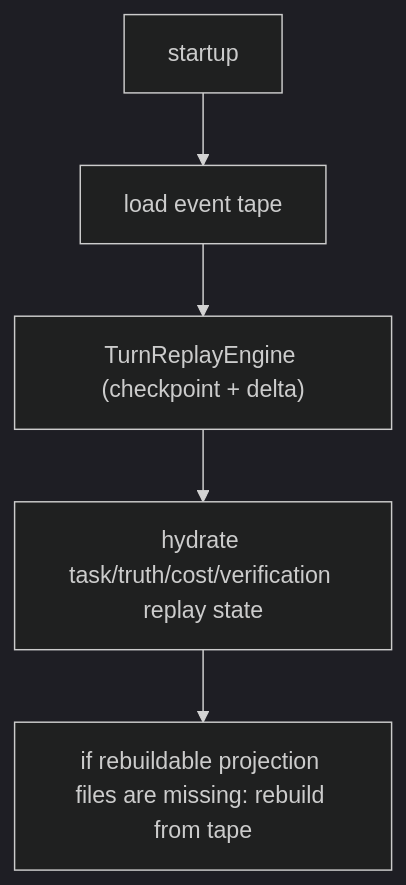
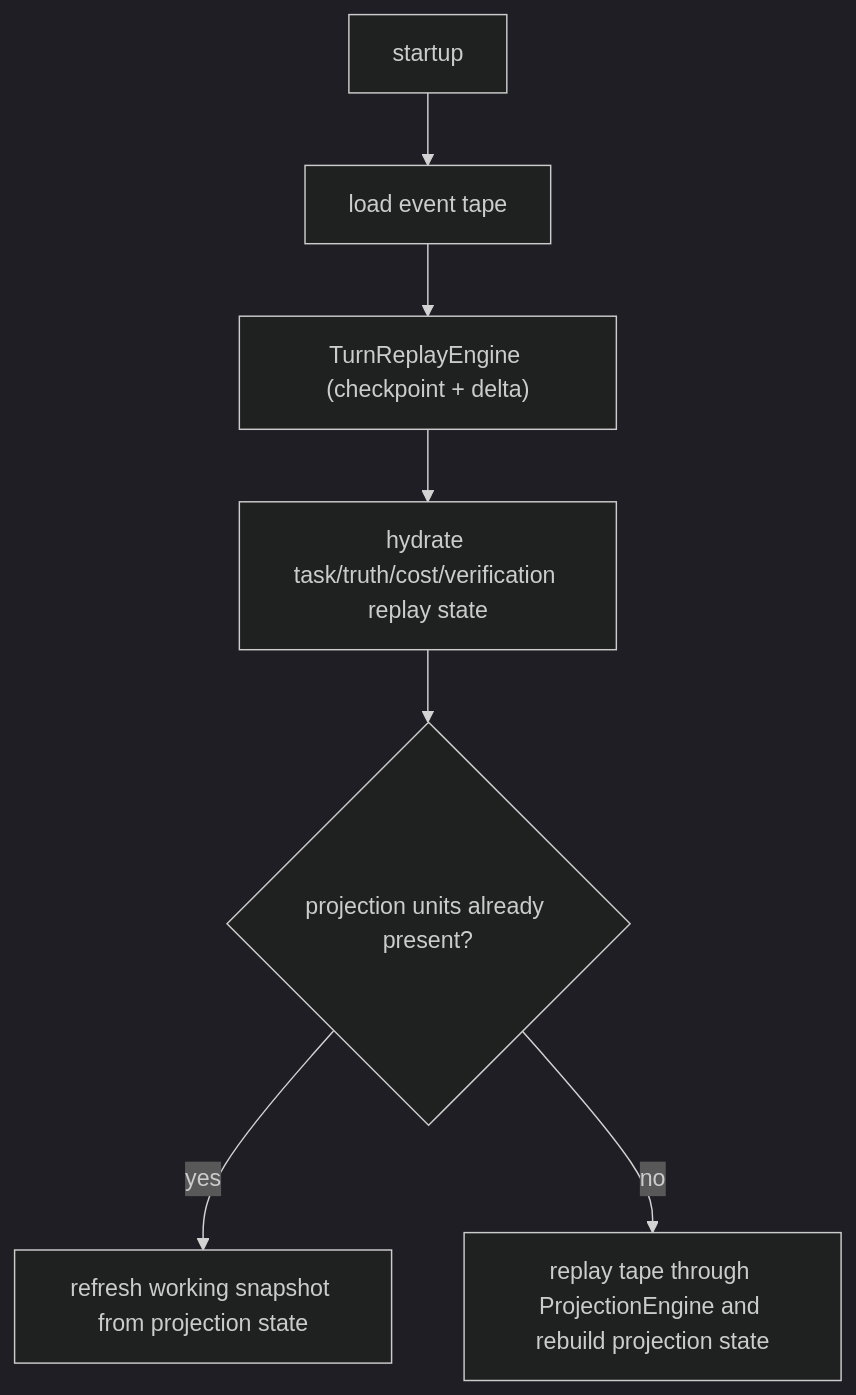
Before and after one commit to arcthur/brewva: the seventh of 9 diagrams in docs/architecture/control-and-data-flow.md, drawn with Mermaid (dark theme). The commit also changed other lines of this file and 85 other files, not shown here.

````diff
--- a/docs/architecture/control-and-data-flow.md
+++ b/docs/architecture/control-and-data-flow.md
@@ -130,7 +135,9 @@
 ```mermaid
 flowchart TD
   A["startup"] --> B["load event tape"]
   B --> C["TurnReplayEngine (checkpoint + delta)"]
   C --> D["hydrate task/truth/cost/verification replay state"]
-  D --> E["if rebuildable projection files are missing: rebuild from tape"]
+  D --> E{"projection units already present?"}
+  E -->|yes| F["refresh working snapshot from projection state"]
+  E -->|no| G["replay tape through ProjectionEngine and rebuild projection state"]
 ```
````
